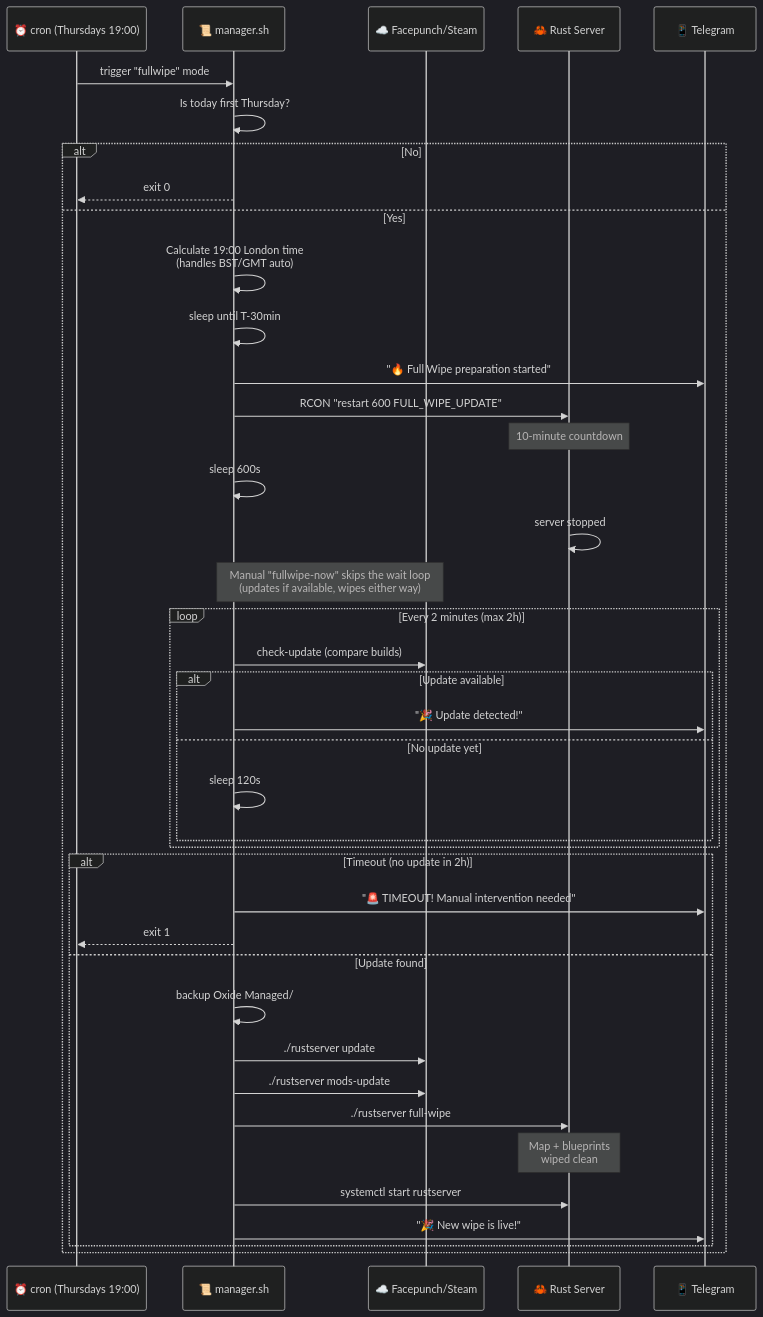
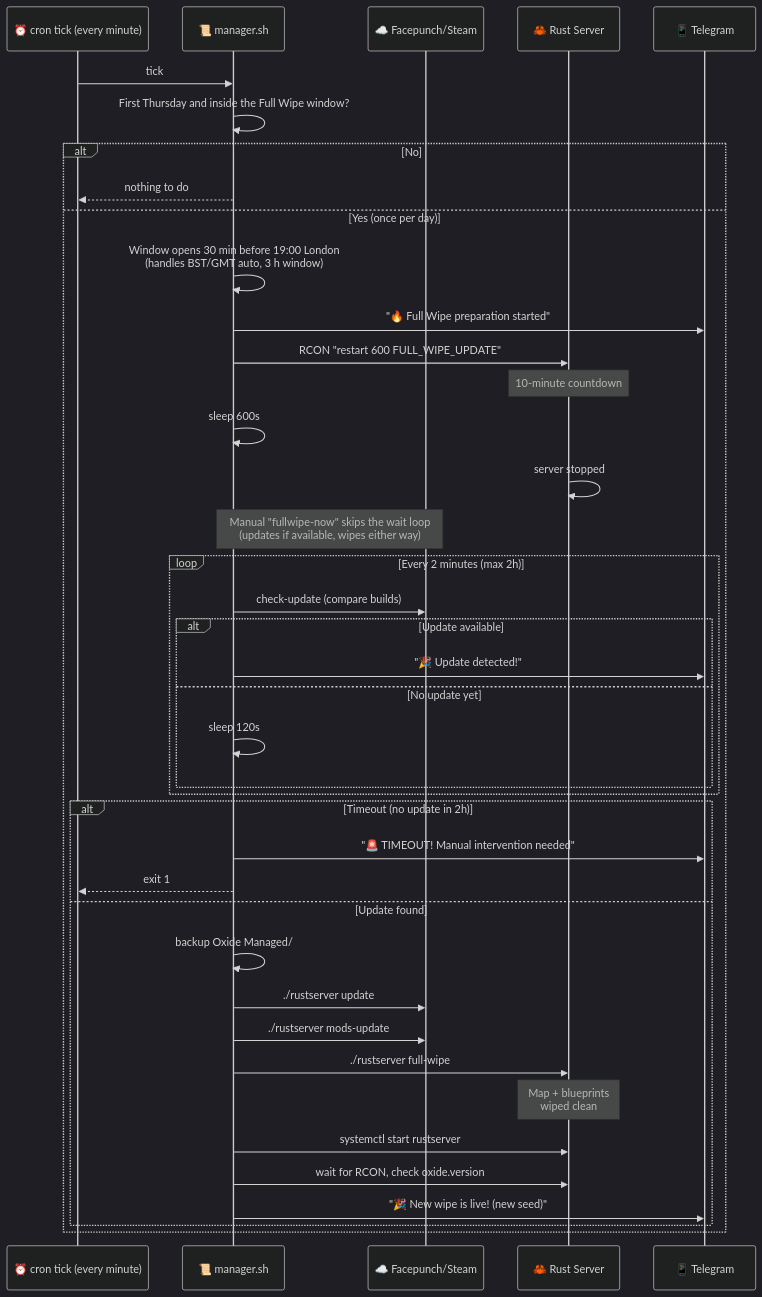
Before and after one commit to wobujidao/rust-wipe-manager: the fifth of 7 diagrams in README.md, drawn with Mermaid (dark theme). The commit also changed other lines of this file and 2 other files, not shown here.

Commit message:
docs: config-driven scheduler, map wipes, watchdog, Oxide check, languages

````diff
--- a/README.md
+++ b/README.md
@@ -179,45 +232,45 @@
 ```mermaid
 sequenceDiagram
-    participant C as ⏰ cron (Thursdays 19:00)
+    participant C as ⏰ cron tick (every minute)
     participant M as 📜 manager.sh
     participant FP as ☁️ Facepunch/Steam
     participant R as 🦀 Rust Server
     participant T as 📱 Telegram
 
-    C->>M: trigger "fullwipe" mode
-    M->>M: Is today first Thursday?
+    C->>M: tick
+    M->>M: First Thursday and inside the Full Wipe window?
     alt No
-        M-->>C: exit 0
-    else Yes
-        M->>M: Calculate 19:00 London time<br/>(handles BST/GMT auto)
-        M->>M: sleep until T-30min
+        M-->>C: nothing to do
+    else Yes (once per day)
+        M->>M: Window opens 30 min before 19:00 London<br/>(handles BST/GMT auto, 3 h window)
         M->>T: "🔥 Full Wipe preparation started"
         M->>R: RCON "restart 600 FULL_WIPE_UPDATE"
         Note over R: 10-minute countdown
         M->>M: sleep 600s
         R->>R: server stopped
 
         Note over M,FP: Manual "fullwipe-now" skips the wait loop<br/>(updates if available, wipes either way)
         loop Every 2 minutes (max 2h)
             M->>FP: check-update (compare builds)
             alt Update available
                 M->>T: "🎉 Update detected!"
             else No update yet
                 M->>M: sleep 120s
             end
         end
 
         alt Timeout (no update in 2h)
             M->>T: "🚨 TIMEOUT! Manual intervention needed"
             M-->>C: exit 1
         else Update found
             M->>M: backup Oxide Managed/
             M->>FP: ./rustserver update
             M->>FP: ./rustserver mods-update
             M->>R: ./rustserver full-wipe
             Note over R: Map + blueprints<br/>wiped clean
             M->>R: systemctl start rustserver
-            M->>T: "🎉 New wipe is live!"
+            M->>R: wait for RCON, check oxide.version
+            M->>T: "🎉 New wipe is live! (new seed)"
         end
     end
 ```
````
